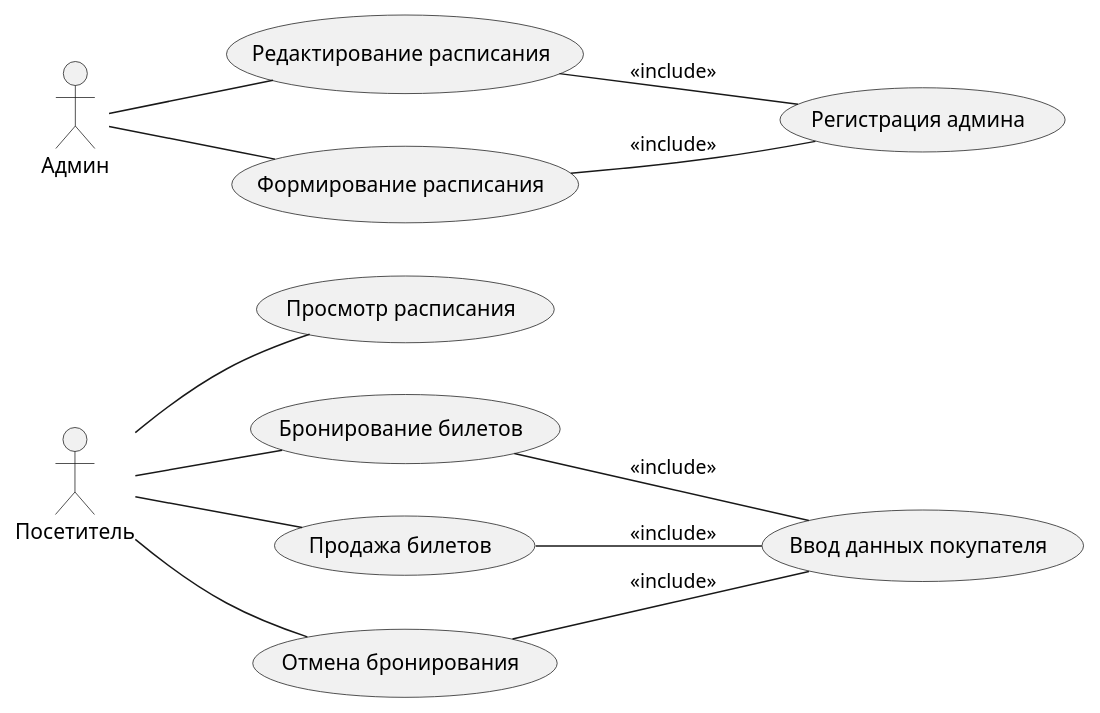
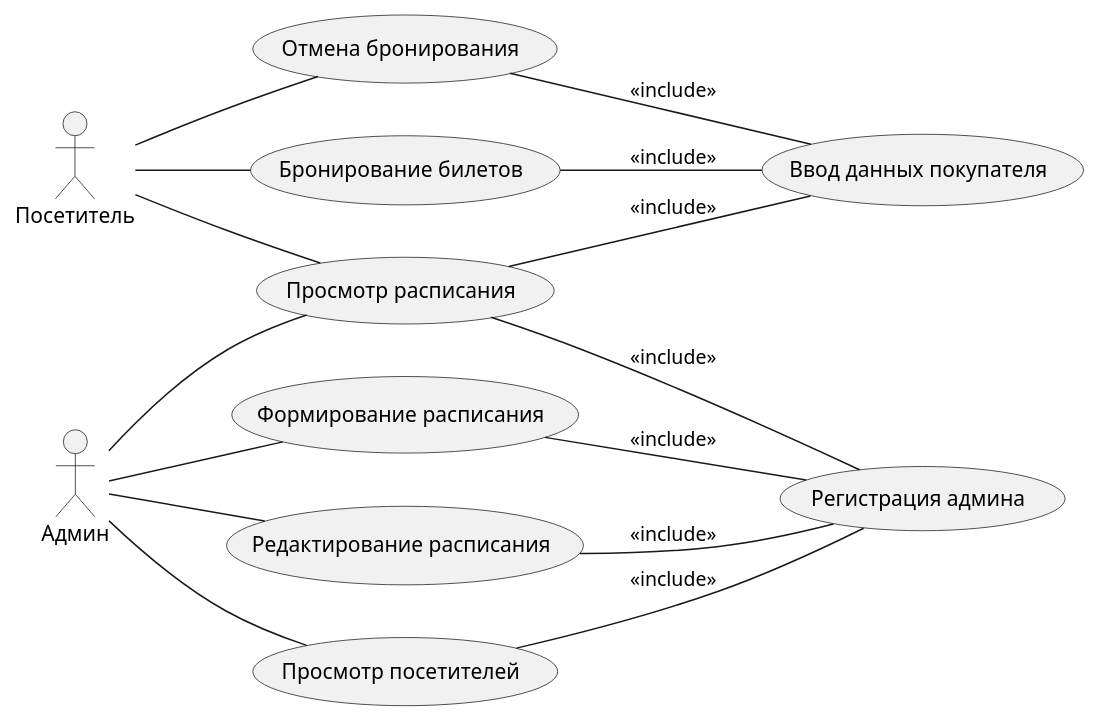
Before and after one commit to zirsty/githublab3: the diagram in docs/diagrams/Usecase.puml, drawn with PlantUML. The commit also changed 3 other files, not shown here.

```diff
--- a/docs/diagrams/Usecase.puml
+++ b/docs/diagrams/Usecase.puml
@@ -1,20 +1,23 @@
 @startuml
 left to right direction
 actor Посетитель
 actor Админ
 
 Посетитель -- (Просмотр расписания)
 Посетитель -- (Бронирование билетов)
-Посетитель -- (Продажа билетов)
 Посетитель --(Отмена бронирования)
 
 (Бронирование билетов) -- (Ввод данных покупателя) : <<include>>
-(Продажа билетов) -- (Ввод данных покупателя) : <<include>>
 (Отмена бронирования) -- (Ввод данных покупателя) : <<include>>
+(Просмотр расписания) -- (Ввод данных покупателя) : <<include>>
 
 Админ -- (Редактирование расписания)
 Админ -- (Формирование расписания)
+Админ -- (Просмотр расписания)
+Админ -- (Просмотр посетителей)
 
 (Редактирование расписания) -- (Регистрация админа) : <<include>>
 (Формирование расписания) -- (Регистрация админа) : <<include>>
+(Просмотр расписания) -- (Регистрация админа) : <<include>>
+(Просмотр посетителей) -- (Регистрация админа) : <<include>>
 @enduml
```
